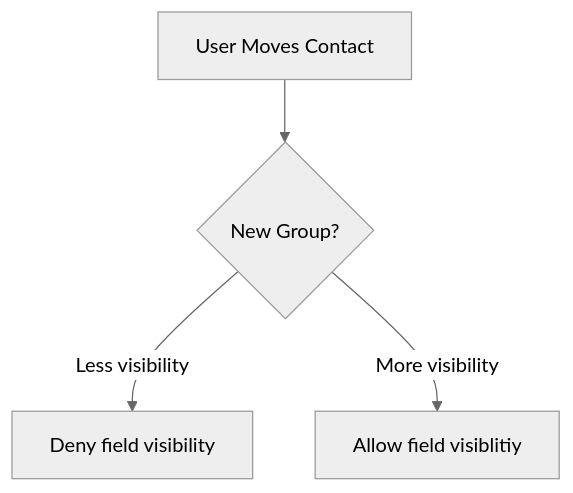
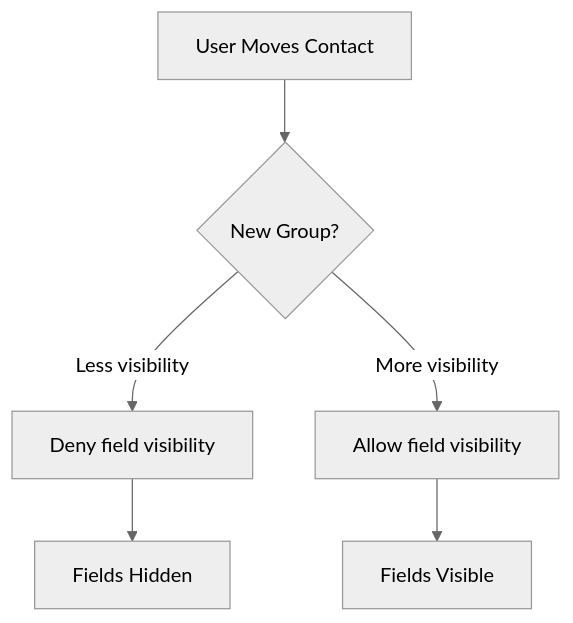
Before and after one commit to nonlinear/gevulot: the second of 3 diagrams in README.md, drawn with Mermaid (neutral theme). The commit also changed other lines of this file and 3 other files, not shown here.

````diff
--- a/README.md
+++ b/README.md
@@ -64,7 +64,8 @@
 ```mermaid
-graph TD
+flowchart TD
     A[User Moves Contact] --> B{New Group?}
     B -->|Less visibility| C[Deny field visibility]
-    B -->|More visibility| D[Allow field visiblitiy]
-
+    B -->|More visibility| D[Allow field visibility]
+    C --> E[Fields Hidden]
+    D --> F[Fields Visible]
 ```
````
